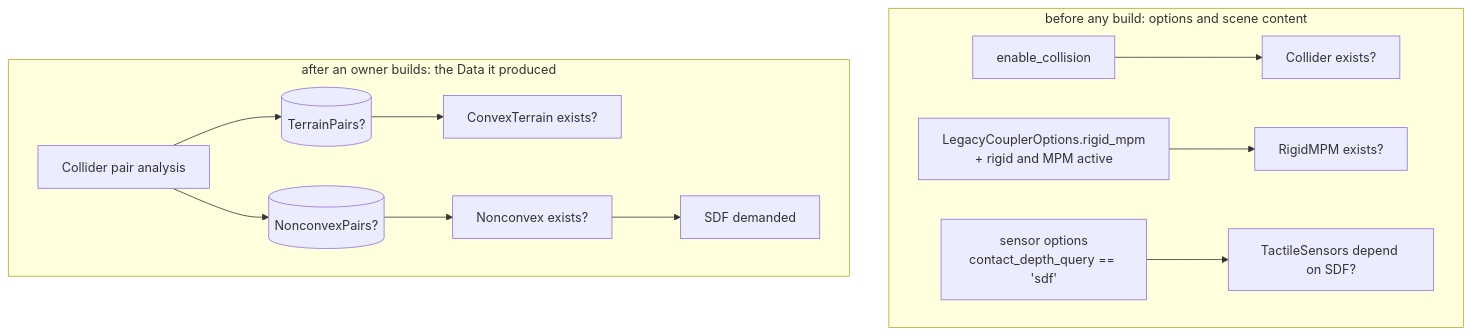
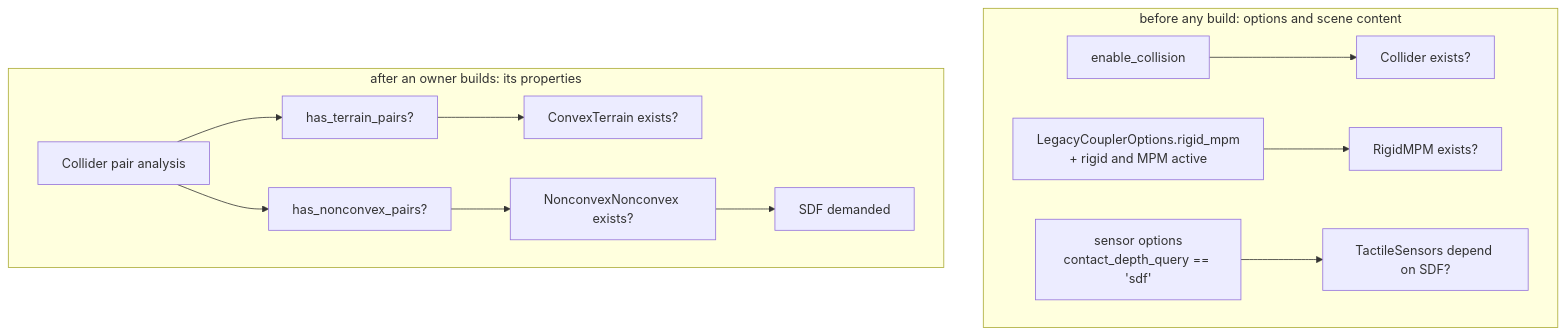
Before and after one commit to duburcqa/Genesis: the fourth of 12 diagrams in .github/contributing/PIPELINE.md, drawn with Mermaid. The commit also changed other lines of this file and 23 other files, not shown here.

````diff
--- a/.github/contributing/PIPELINE.md
+++ b/.github/contributing/PIPELINE.md
@@ -133,12 +129,12 @@
 ```mermaid
 flowchart TB
     subgraph before ["before any build: options and scene content"]
         O1["enable_collision"] --> E1["Collider exists?"]
         O2["LegacyCouplerOptions.rigid_mpm<br/>+ rigid and MPM active"] --> E2["RigidMPM exists?"]
         O3["sensor options<br/>contact_depth_query == 'sdf'"] --> E3["TactileSensors depend on SDF?"]
     end
-    subgraph after ["after an owner builds: the Data it produced"]
-        B1["Collider pair analysis"] --> P1[("TerrainPairs?")] --> N1["ConvexTerrain exists?"]
-        B1 --> P2[("NonconvexPairs?")] --> N2["Nonconvex exists?"] --> S1["SDF demanded"]
+    subgraph after ["after an owner builds: its properties"]
+        B1["Collider pair analysis"] --> P1["has_terrain_pairs?"] --> N1["ConvexTerrain exists?"]
+        B1 --> P2["has_nonconvex_pairs?"] --> N2["NonconvexNonconvex exists?"] --> S1["SDF demanded"]
     end
 ```
````
